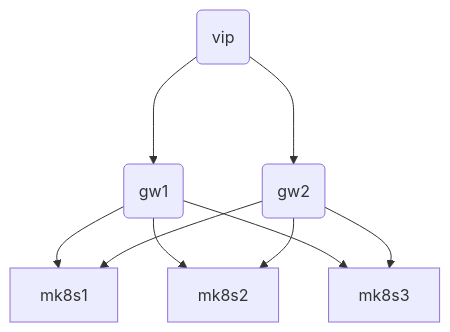
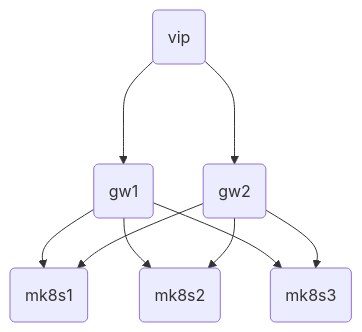
Before and after one commit to PrimeEuler/microcloud: the diagram in README.md, drawn with Mermaid.

````diff
--- a/README.md
+++ b/README.md
@@ -4,12 +4,12 @@
 ```mermaid
 graph TD;
-    A(vip)
+    A(vip);
     A--->B(gw1);
     A--->C(gw2);
-    B-->mk8s1;
-    B-->mk8s2;
-    B-->mk8s3;
-    C-->mk8s1;
-    C-->mk8s2;
-    C-->mk8s3;
+    B-->D(mk8s1);
+    B-->E(mk8s2);
+    B-->F(mk8s3);
+    C-->D;
+    C-->E;
+    C-->F;
 ```
````
